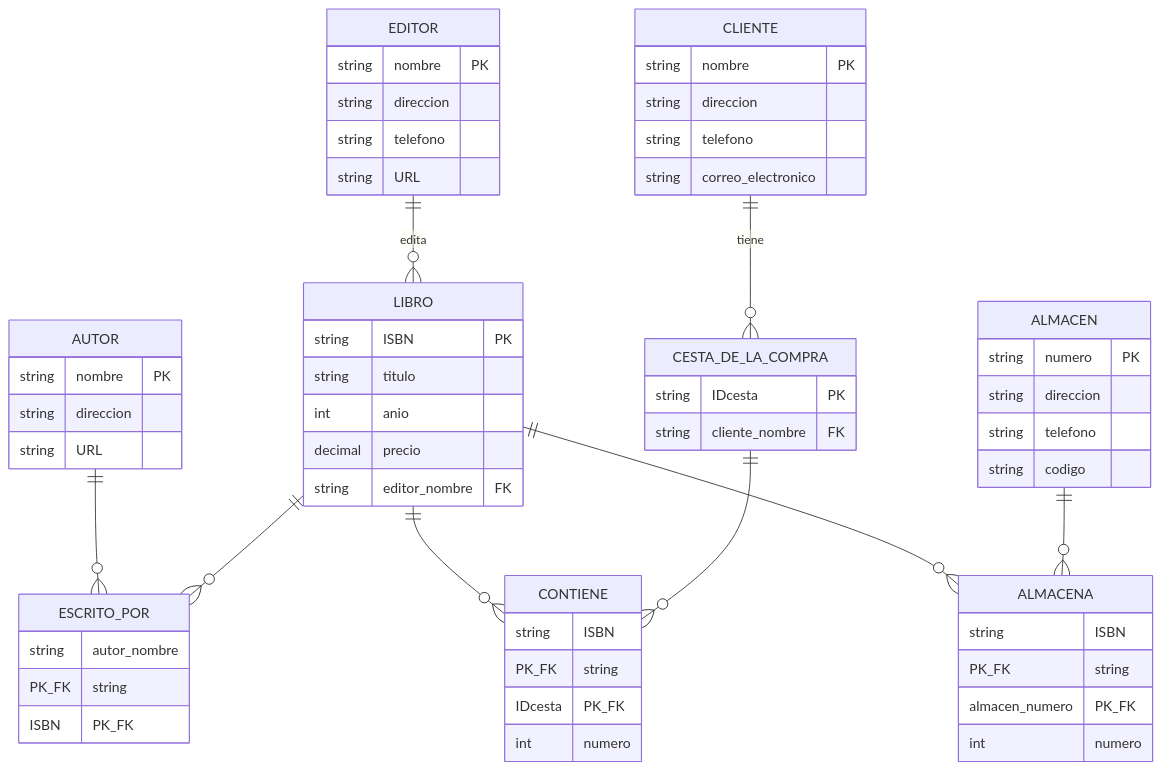
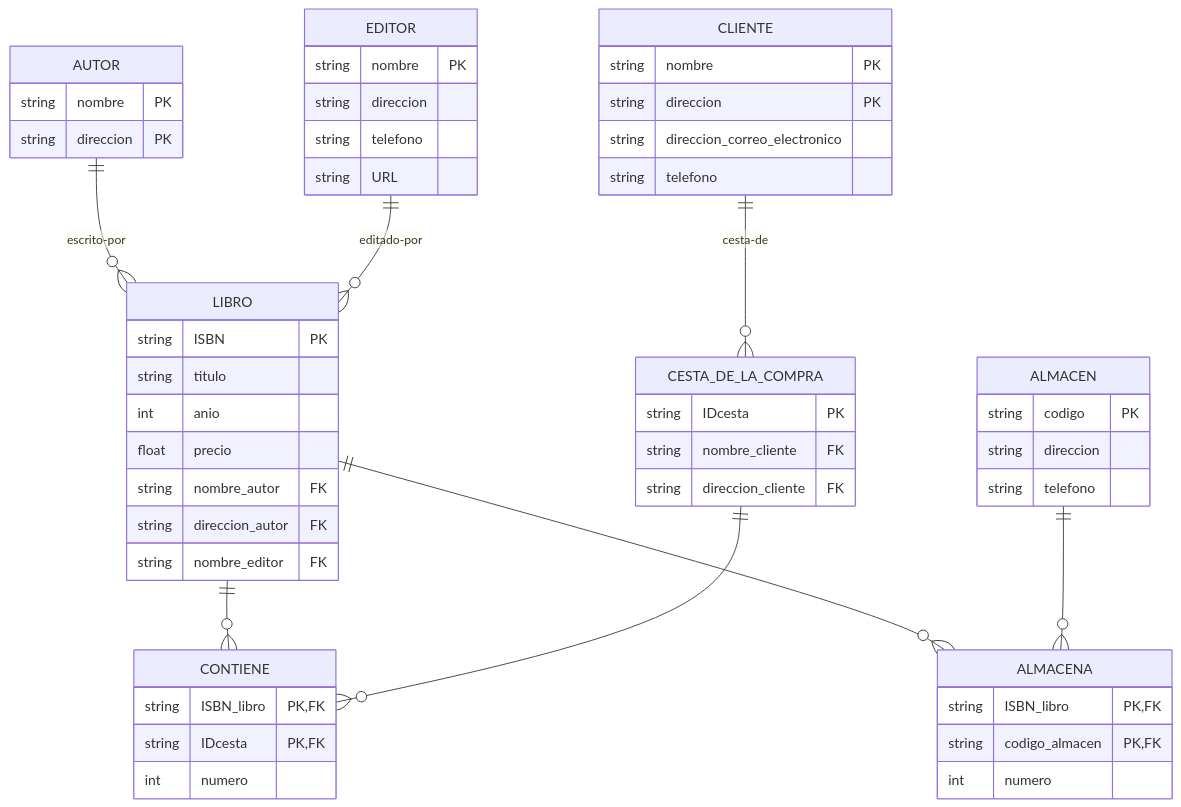
One commit to juliialzate/Diagramas-Entidad-Relaci-n changed the first of 4 diagrams in tallerTrabajoEnPareja.md. Above: the diagram before and after it, drawn with Mermaid.

Commit message:
Refactor entity relationships in mermaid diagram

````diff
--- a/tallerTrabajoEnPareja.md
+++ b/tallerTrabajoEnPareja.md
@@ -7,60 +7,63 @@
 ```mermaid
 erDiagram
-  AUTOR ||--o{ ESCRITO_POR : ""
-  LIBRO ||--o{ ESCRITO_POR : ""
-  EDITOR ||--o{ LIBRO : "edita"
-  LIBRO ||--o{ CONTIENE : ""
-  CESTA_DE_LA_COMPRA ||--o{ CONTIENE : ""
-  CLIENTE ||--o{ CESTA_DE_LA_COMPRA : "tiene"
-  LIBRO ||--o{ ALMACENA : ""
-  ALMACEN ||--o{ ALMACENA : ""
+    AUTOR {
+        string nombre PK
+        string direccion PK
+    }
 
-  AUTOR {
-    string nombre PK
-    string direccion
-    string URL
-  }
-  EDITOR {
-    string nombre PK
-    string direccion
-    string telefono
-    string URL
-  }
-  LIBRO {
-    string ISBN PK
-    string titulo
-    int anio
-    decimal precio
-    string editor_nombre FK
-  }
-  ESCRITO_POR {
-    string autor_nombre PK_FK
-    string ISBN PK_FK
-  }
-  CLIENTE {
-    string nombre PK
-    string direccion
-    string telefono
-    string correo_electronico
-  }
-  CESTA_DE_LA_COMPRA {
-    string IDcesta PK
-    string cliente_nombre FK
-  }
-  CONTIENE {
-    string ISBN PK_FK
-    string IDcesta PK_FK
-    int numero
-  }
-  ALMACEN {
-    string numero PK
-    string direccion
-    string telefono
-    string codigo
-  }
-  ALMACENA {
-    string ISBN PK_FK
-    string almacen_numero PK_FK
-    int numero
-  }
+    EDITOR {
+        string nombre PK
+        string direccion
+        string telefono
+        string URL
+    }
+
+    LIBRO {
+        string ISBN PK
+        string titulo
+        int anio
+        float precio
+        string nombre_autor FK
+        string direccion_autor FK
+        string nombre_editor FK
+    }
+
+    CLIENTE {
+        string nombre PK
+        string direccion PK
+        string direccion_correo_electronico
+        string telefono
+    }
+
+    CESTA_DE_LA_COMPRA {
+        string IDcesta PK
+        string nombre_cliente FK
+        string direccion_cliente FK
+    }
+
+    ALMACEN {
+        string codigo PK
+        string direccion
+        string telefono
+    }
+
+    CONTIENE {
+        string ISBN_libro PK,FK
+        string IDcesta PK,FK
+        int numero
+    }
+
+    ALMACENA {
+        string ISBN_libro PK,FK
+        string codigo_almacen PK,FK
+        int numero
+    }
+
+    AUTOR ||--o{ LIBRO : "escrito-por"
+    EDITOR ||--o{ LIBRO : "editado-por"
+    CLIENTE ||--o{ CESTA_DE_LA_COMPRA : "cesta-de"
+    LIBRO ||--o{ CONTIENE : ""
+    CESTA_DE_LA_COMPRA ||--o{ CONTIENE : ""
+    LIBRO ||--o{ ALMACENA : ""
+    ALMACEN ||--o{ ALMACENA : ""
 ```
````
